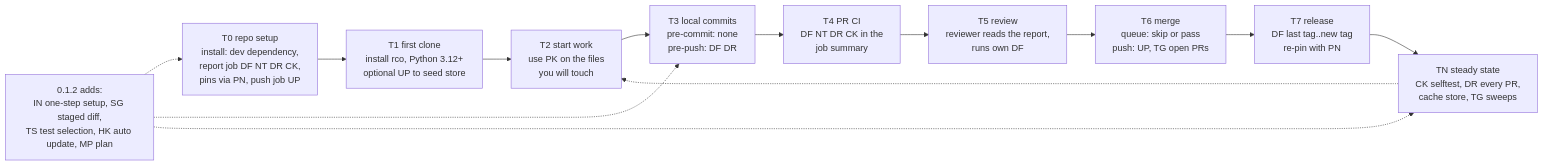
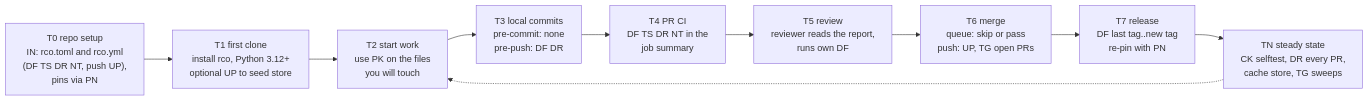
Before and after one commit to si4ai/repo-context-optimizer: the first of 6 diagrams in docs/guide/adopting-rco.md, drawn with Mermaid. The commit also changed other lines of this file, not shown here.

First line of the commit message:
docs: refresh adopting-rco.md for 0.1.6

````diff
--- a/docs/guide/adopting-rco.md
+++ b/docs/guide/adopting-rco.md
@@ -69,19 +101,14 @@
 ```mermaid
 flowchart LR
-  classDef ns stroke-dasharray:6 4,color:#666;
-  T0["T0 repo setup<br/>install: dev dependency,<br/>report job DF NT DR CK,<br/>pins via PN, push job UP"]
+  T0["T0 repo setup<br/>IN: rco.toml and rco.yml<br/>(DF TS DR NT, push UP),<br/>pins via PN"]
   T1["T1 first clone<br/>install rco, Python 3.12+<br/>optional UP to seed store"]
   T2["T2 start work<br/>use PK on the files<br/>you will touch"]
   T3["T3 local commits<br/>pre-commit: none<br/>pre-push: DF DR"]
-  T4["T4 PR CI<br/>DF NT DR CK in the<br/>job summary"]
+  T4["T4 PR CI<br/>DF TS DR NT in the<br/>job summary"]
   T5["T5 review<br/>reviewer reads the report,<br/>runs own DF"]
   T6["T6 merge<br/>queue: skip or pass<br/>push: UP, TG open PRs"]
   T7["T7 release<br/>DF last tag..new tag<br/>re-pin with PN"]
   TN["TN steady state<br/>CK selftest, DR every PR,<br/>cache store, TG sweeps"]
-  L["0.1.2 adds:<br/>IN one-step setup, SG staged diff,<br/>TS test selection, HK auto update, MP plan"]
   T0 --> T1 --> T2 --> T3 --> T4 --> T5 --> T6 --> T7 --> TN
   TN -.-> T2
-  L -.-> T0
-  L -.-> T3
-  L -.-> TN
 ```
````
